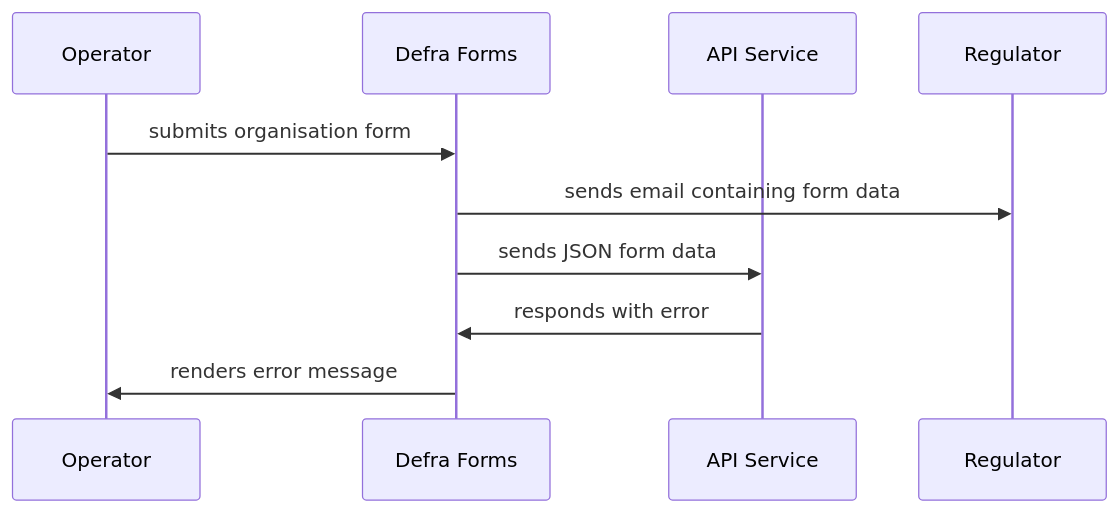
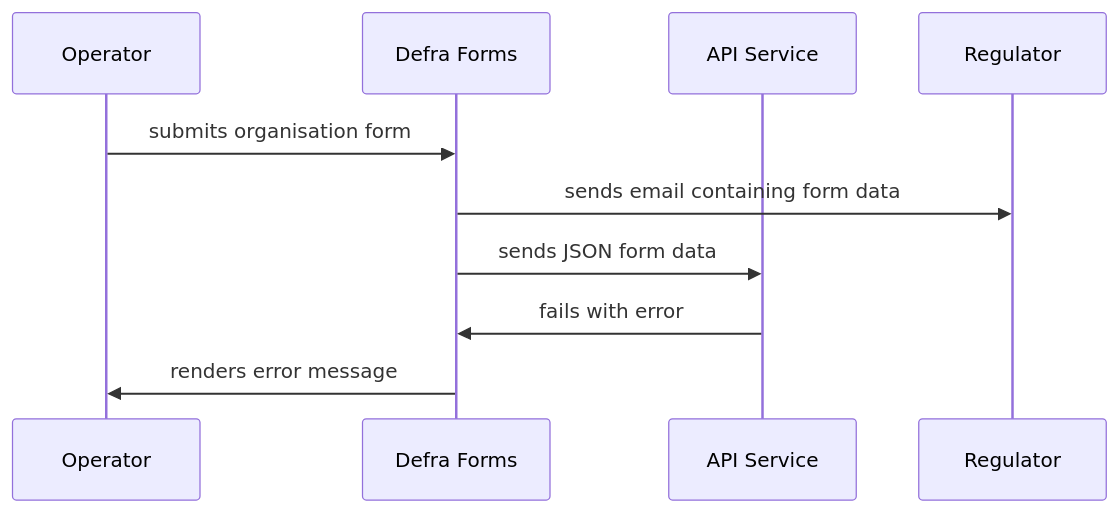
Before and after one commit to DEFRA/epr-backend: the third of 10 diagrams in docs/architecture/defined/2025-reg-acc-lld.md, drawn with Mermaid. The commit also changed other lines of this file, not shown here.

Commit message:
PAE-158: update Reg & Acc LLD to remove API response data (#59)

````diff
--- a/docs/architecture/defined/2025-reg-acc-lld.md
+++ b/docs/architecture/defined/2025-reg-acc-lld.md
@@ -117,12 +124,12 @@
 ```mermaid
 sequenceDiagram
   participant Operator
   participant Defra Forms
   participant API Service
   participant Regulator
   Operator->>Defra Forms: submits organisation form
   Defra Forms->>Regulator: sends email containing form data
   Defra Forms->>API Service: sends JSON form data
-  API Service->>Defra Forms: responds with error
+  API Service->>Defra Forms: fails with error
   Defra Forms->>Operator: renders error message
 ```
````
